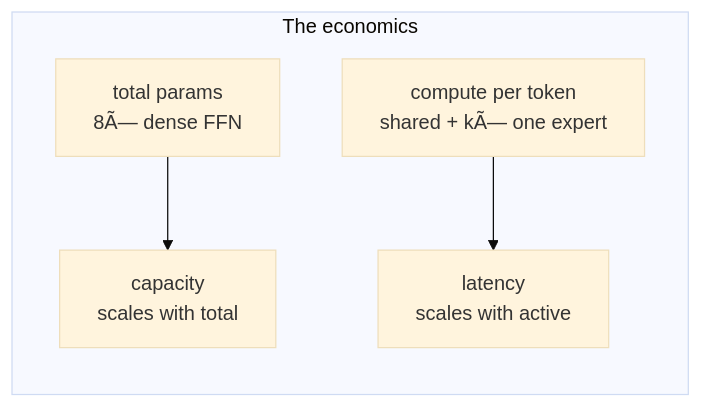
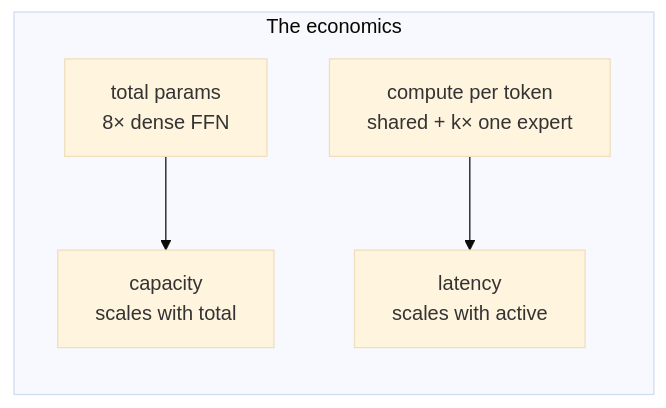
Before and after one commit to Mostakim2005/gpt-moe-3d-explainer: the eighth of 9 diagrams in docs/algorithms.md, drawn with Mermaid (base theme). The commit also changed other lines of this file and 11 other files, not shown here.

````diff
--- a/docs/algorithms.md
+++ b/docs/algorithms.md
@@ -140,11 +178,11 @@
 ```mermaid
 flowchart LR
     subgraph ECO["The economics"]
-        TOT[total params\n8Ã— dense FFN]
-        CMP[compute per token\nshared + kÃ— one expert]
+        TOT[total params\n8× dense FFN]
+        CMP[compute per token\nshared + k× one expert]
         CAP[capacity\nscales with total]
         LAT[latency\nscales with active]
         TOT --> CAP
         CMP --> LAT
     end
 ```
````
